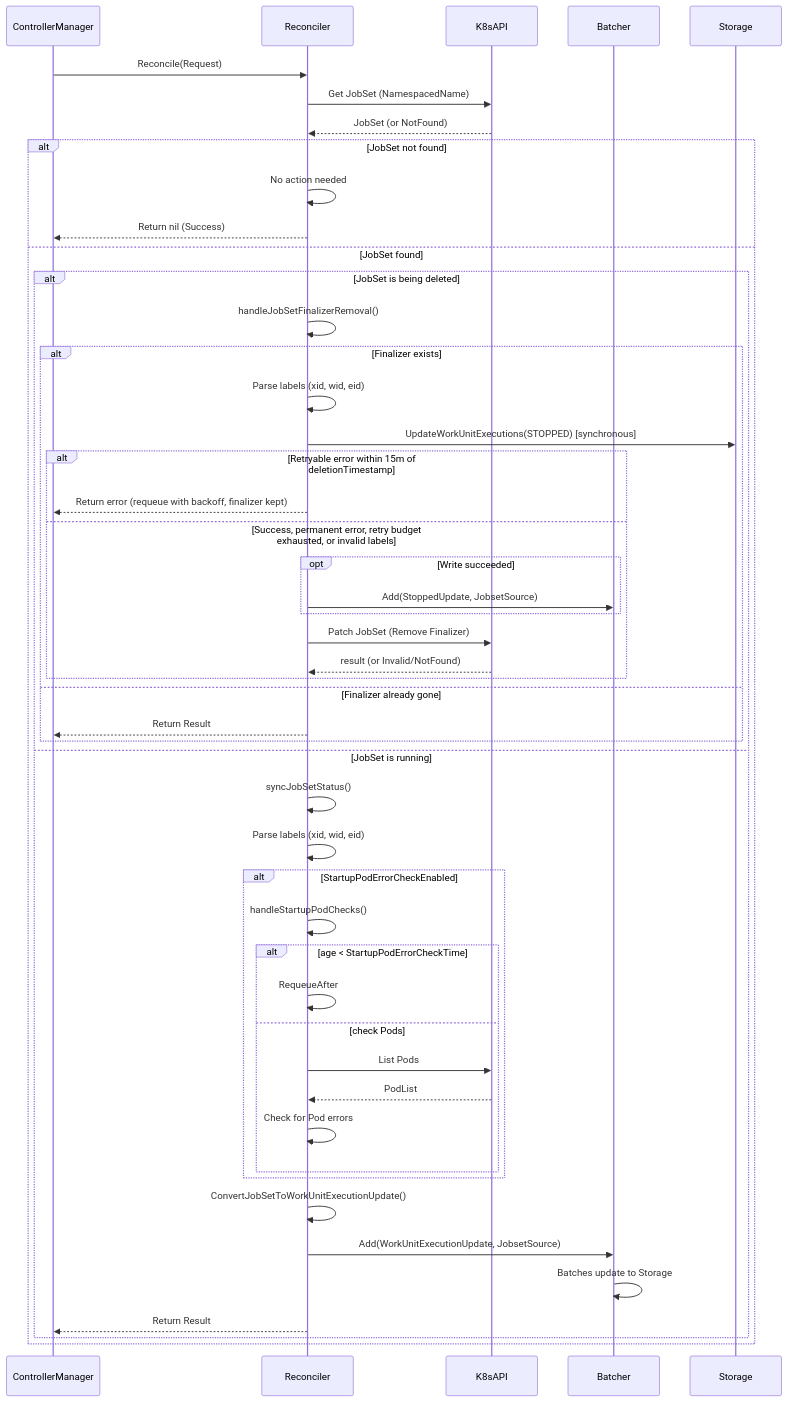
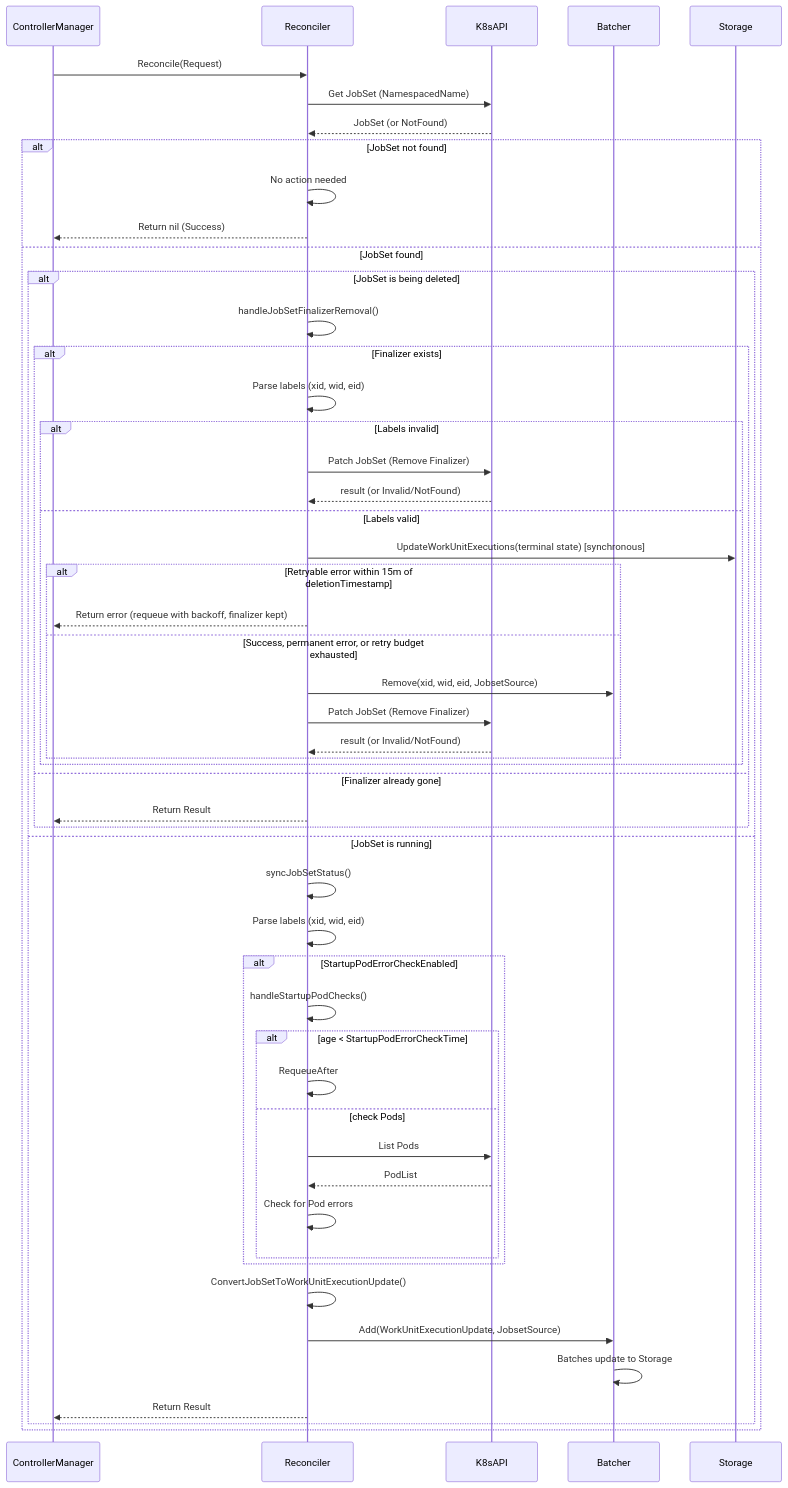
One commit to google/xmc changed the second of 5 diagrams in docs/flows/reconciliation.md. Above: the diagram before and after it, drawn with Mermaid. The commit also changed other lines of this file and 4 other files, not shown here.

First line of the commit message:
fix(reconciler): preserve COMPLETED/FAILED on delete, evict batcher slot via Remove, and allow nil Storage

````diff
--- a/docs/flows/reconciliation.md
+++ b/docs/flows/reconciliation.md
@@ -77,53 +80,56 @@
 ```mermaid
 sequenceDiagram
     participant ControllerManager
     participant Reconciler
     participant K8sAPI
     participant Batcher
     participant Storage
 
     ControllerManager->>Reconciler: Reconcile(Request)
     Reconciler->>K8sAPI: Get JobSet (NamespacedName)
     K8sAPI-->>Reconciler: JobSet (or NotFound)
 
     alt JobSet not found
         Reconciler->>Reconciler: No action needed
         Reconciler-->>ControllerManager: Return nil (Success)
     else JobSet found
         alt JobSet is being deleted
             Reconciler->>Reconciler: handleJobSetFinalizerRemoval()
             alt Finalizer exists
                 Reconciler->>Reconciler: Parse labels (xid, wid, eid)
-                Reconciler->>Storage: UpdateWorkUnitExecutions(STOPPED) [synchronous]
-                alt Retryable error within 15m of deletionTimestamp
-                    Reconciler-->>ControllerManager: Return error (requeue with backoff, finalizer kept)
-                else Success, permanent error, retry budget exhausted, or invalid labels
-                    opt Write succeeded
-                        Reconciler->>Batcher: Add(StoppedUpdate, JobsetSource)
-                    end
+                alt Labels invalid
                     Reconciler->>K8sAPI: Patch JobSet (Remove Finalizer)
                     K8sAPI-->>Reconciler: result (or Invalid/NotFound)
+                else Labels valid
+                    Reconciler->>Storage: UpdateWorkUnitExecutions(terminal state) [synchronous]
+                    alt Retryable error within 15m of deletionTimestamp
+                        Reconciler-->>ControllerManager: Return error (requeue with backoff, finalizer kept)
+                    else Success, permanent error, or retry budget exhausted
+                        Reconciler->>Batcher: Remove(xid, wid, eid, JobsetSource)
+                        Reconciler->>K8sAPI: Patch JobSet (Remove Finalizer)
+                        K8sAPI-->>Reconciler: result (or Invalid/NotFound)
+                    end
                 end
             else Finalizer already gone
                 Reconciler-->>ControllerManager: Return Result
             end
         else JobSet is running
             Reconciler->>Reconciler: syncJobSetStatus()
             Reconciler->>Reconciler: Parse labels (xid, wid, eid)
             alt StartupPodErrorCheckEnabled
                 Reconciler->>Reconciler: handleStartupPodChecks()
                 alt age < StartupPodErrorCheckTime
                     Reconciler->>Reconciler: RequeueAfter
                 else check Pods
                     Reconciler->>K8sAPI: List Pods
                     K8sAPI-->>Reconciler: PodList
                     Reconciler->>Reconciler: Check for Pod errors
                 end
             end
             Reconciler->>Reconciler: ConvertJobSetToWorkUnitExecutionUpdate()
             Reconciler->>Batcher: Add(WorkUnitExecutionUpdate, JobsetSource)
             Batcher->>Batcher: Batches update to Storage
             Reconciler-->>ControllerManager: Return Result
         end
     end
 ```
````
